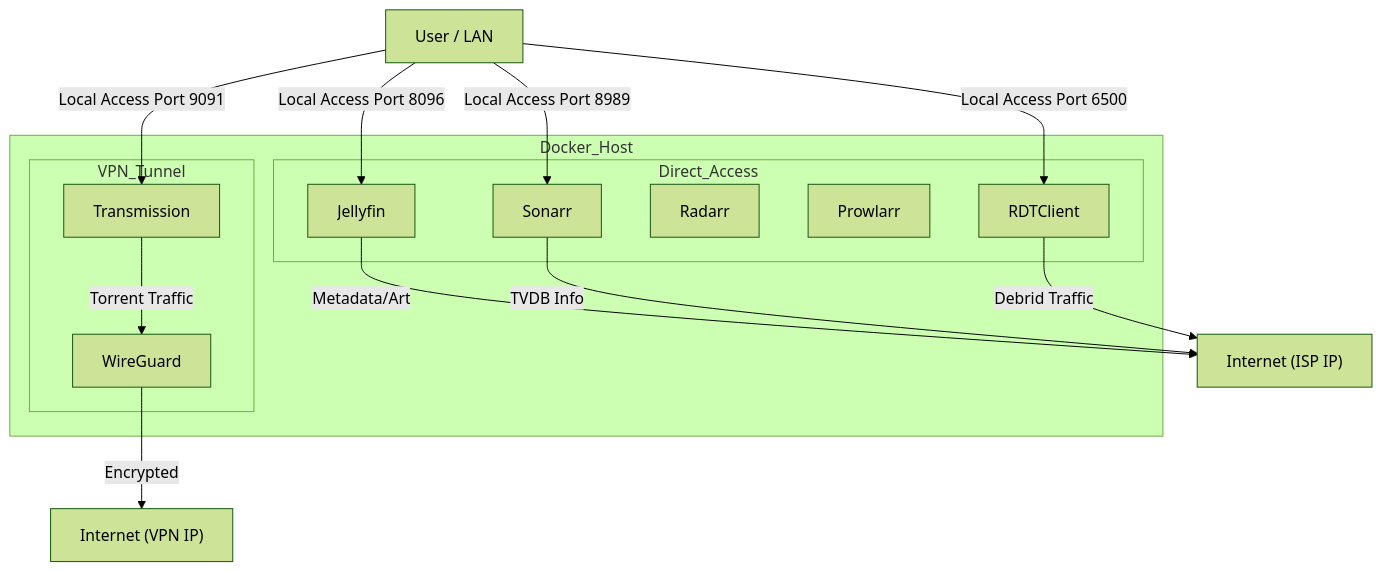
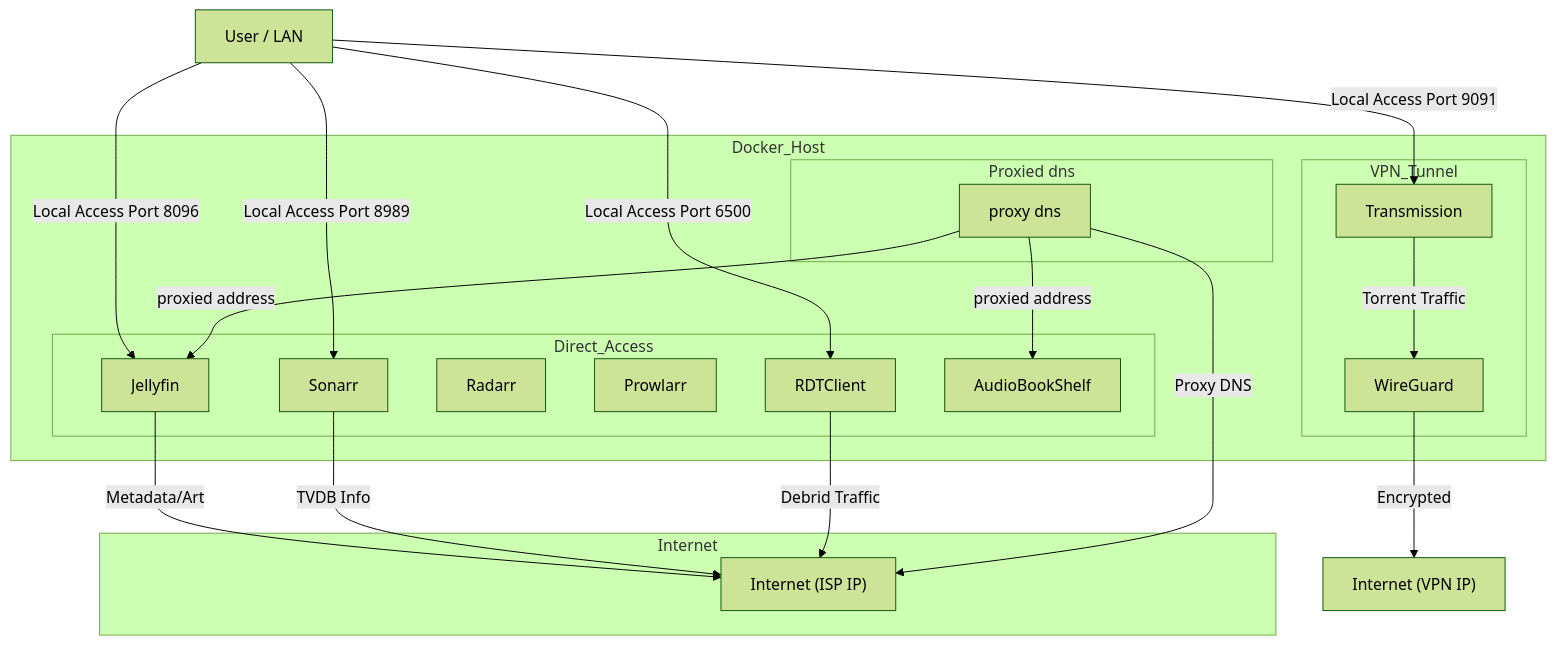
One commit to CooperGerman/media-server_template changed the third of 3 diagrams in README.md. Above: the diagram before and after it, drawn with Mermaid (forest theme). The commit also changed other lines of this file, not shown here.

````diff
--- a/README.md
+++ b/README.md
@@ -87,34 +90,46 @@
 ```mermaid
 graph TD
     User[User / LAN]
 
     subgraph Docker_Host
         subgraph Direct_Access
             Jellyfin
             Sonarr
             Radarr
             Prowlarr
             RDTClient
+            AudioBookShelf
         end
 
         subgraph VPN_Tunnel
             WireGuard
             Transmission
         end
+
+		subgraph Proxied dns
+            Dns_Proxy
+        end
+    end
+    subgraph Internet
+        Internet_Direct
     end
 
     Internet_Direct["Internet (ISP IP)"]
+	Dns_Proxy["proxy dns"]
     Internet_VPN["Internet (VPN IP)"]
 
     User -->|Local Access Port 8096| Jellyfin
     User -->|Local Access Port 8989| Sonarr
     User -->|Local Access Port 9091| Transmission
     User -->|Local Access Port 6500| RDTClient
 
     Jellyfin -->|Metadata/Art| Internet_Direct
     Sonarr -->|TVDB Info| Internet_Direct
     RDTClient -->|Debrid Traffic| Internet_Direct
+	Dns_Proxy -->|proxied address| Jellyfin
+	Dns_Proxy -->|proxied address| AudioBookShelf
+    Dns_Proxy -->|Proxy DNS| Internet_Direct
 
     Transmission -->|Torrent Traffic| WireGuard
     WireGuard -->|Encrypted| Internet_VPN
 ```
````
